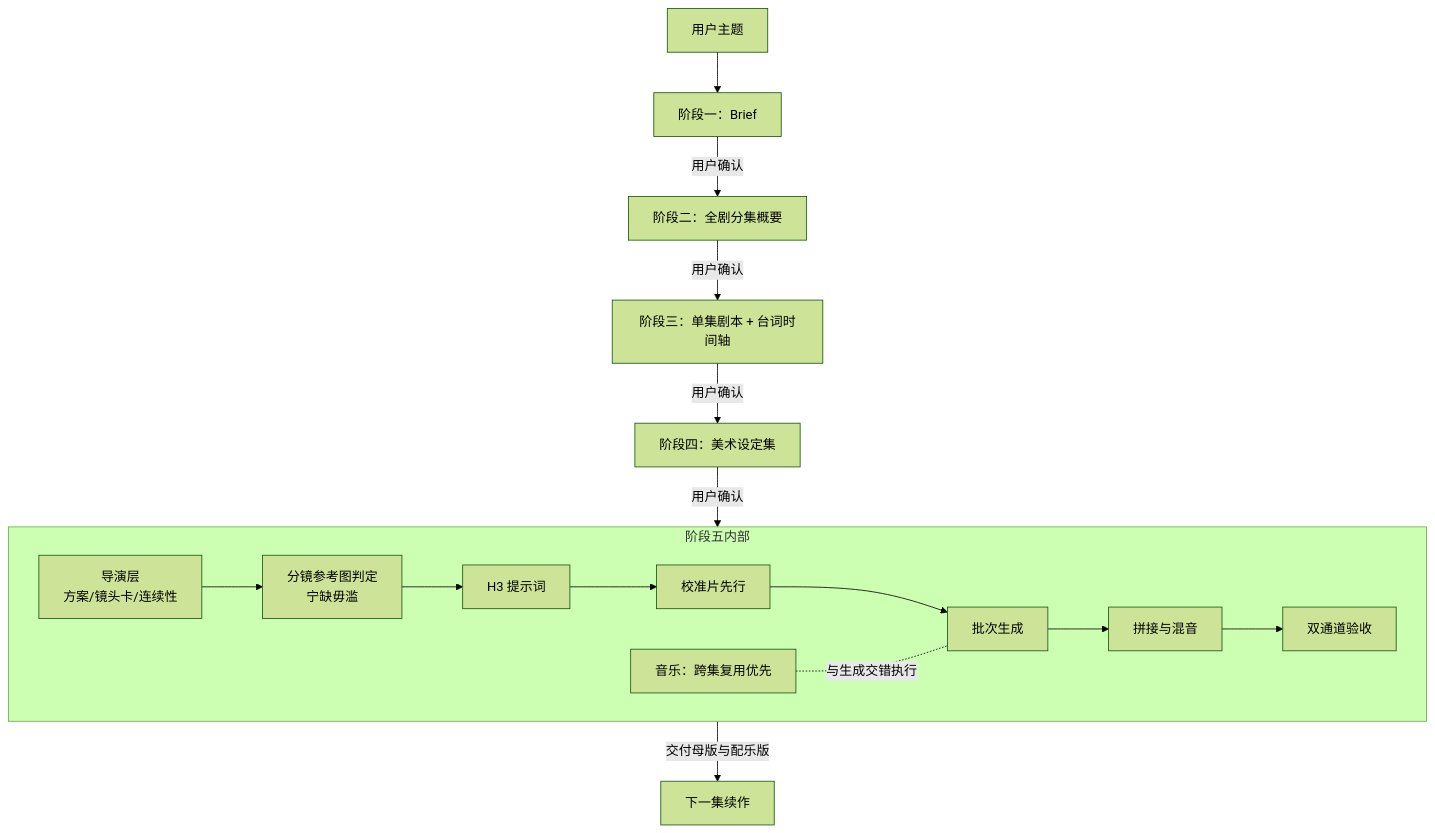
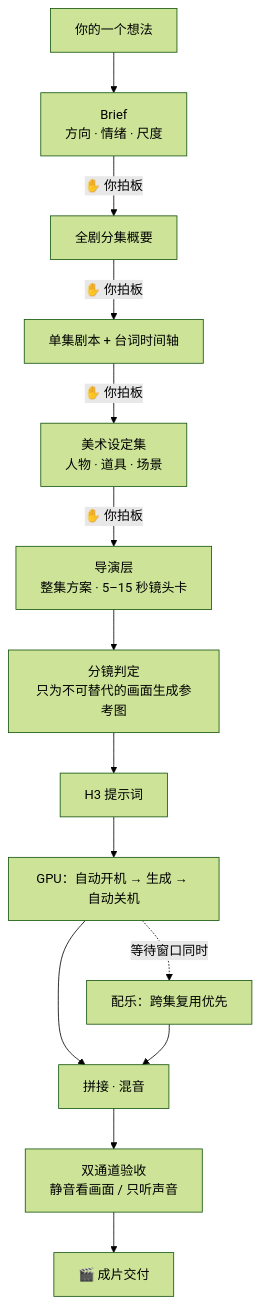
The diagram in README.md (mini-yifan/open-source-video-gen-skill), drawn with Mermaid (forest theme) before and after one commit. The commit also changed other lines of this file, not shown here.

````diff
--- a/README.md
+++ b/README.md
@@ -7,18 +21,16 @@
 ```mermaid
 flowchart TD
-    U[用户主题] --> A[阶段一：Brief]
-    A -->|用户确认| B[阶段二：全剧分集概要]
-    B -->|用户确认| C[阶段三：单集剧本 + 台词时间轴]
-    C -->|用户确认| D[阶段四：美术设定集]
-    D -->|用户确认| E[阶段五：视频与配乐]
-
-    subgraph E [阶段五内部]
-        E1[导演层<br/>方案/镜头卡/连续性] --> E2[分镜参考图判定<br/>宁缺毋滥]
-        E2 --> E3[H3 提示词]
-        E3 --> E4[校准片先行] --> E5[批次生成]
-        E6[音乐：跨集复用优先] -.与生成交错执行.- E5
-        E5 --> E7[拼接与混音] --> E8[双通道验收]
-    end
-
-    E -->|交付母版与配乐版| F[下一集续作]
+    U["你的一个想法"] --> A["Brief<br/>方向 · 情绪 · 尺度"]
+    A -->|"✋ 你拍板"| B[全剧分集概要]
+    B -->|"✋ 你拍板"| C[单集剧本 + 台词时间轴]
+    C -->|"✋ 你拍板"| D[美术设定集<br/>人物 · 道具 · 场景]
+    D -->|"✋ 你拍板"| E["导演层<br/>整集方案 · 5–15 秒镜头卡"]
+    E --> F[分镜判定<br/>只为不可替代的画面生成参考图]
+    F --> G[H3 提示词]
+    G --> H["GPU：自动开机 → 生成 → 自动关机"]
+    H -.等待窗口同时.-> M[配乐：跨集复用优先]
+    H --> I[拼接 · 混音]
+    M --> I
+    I --> J[双通道验收<br/>静音看画面 / 只听声音]
+    J --> K[🎬 成片交付]
 ```
````
